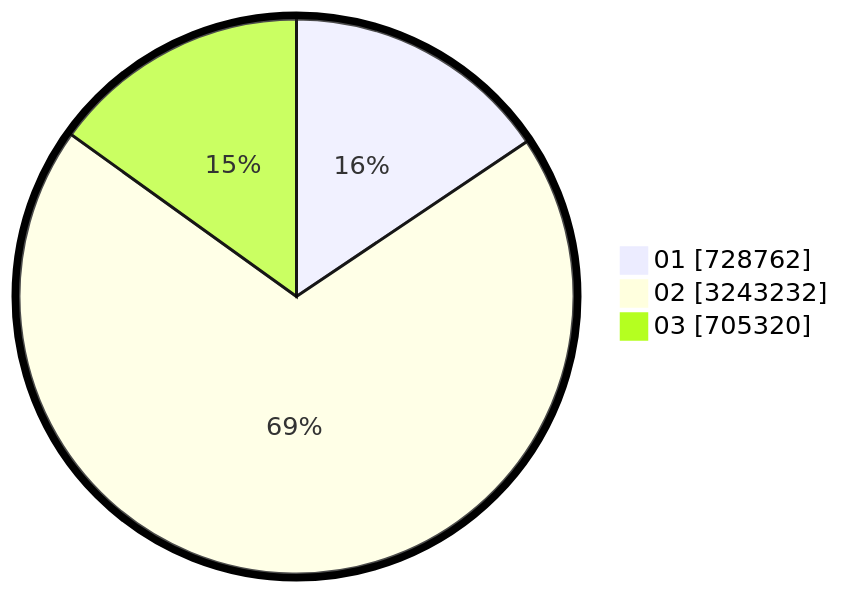
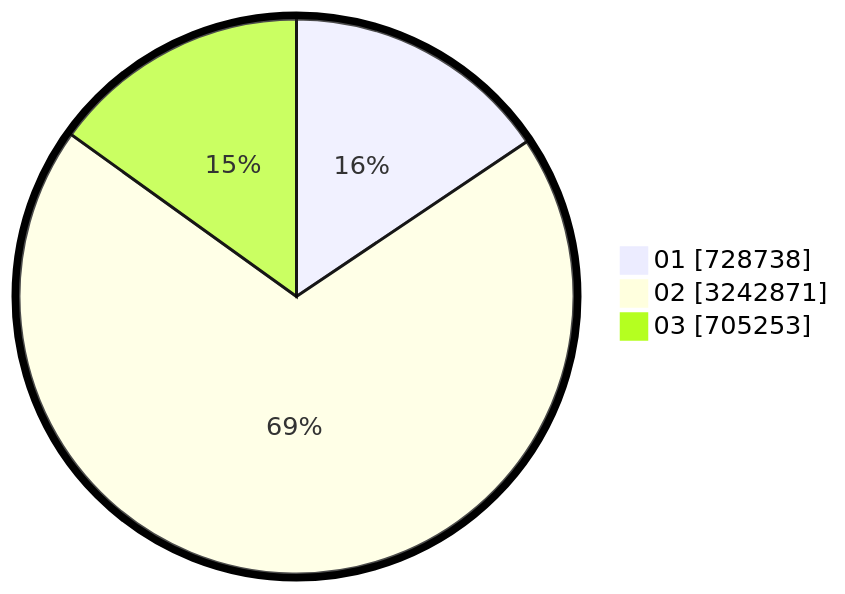
The second of 2 diagrams in pilpres/hitung-suara/sub/table-wilayah-18.md (gigit-pemilu/pemilu-2024), drawn with Mermaid before and after one commit. The commit also changed other lines of this file and 8 other files, not shown here.

````diff
--- a/pilpres/hitung-suara/sub/table-wilayah-18.md
+++ b/pilpres/hitung-suara/sub/table-wilayah-18.md
@@ -15,7 +15,7 @@
 ```mermaid
 %%{init: {"pie": {"textPosition": 0.5}, "themeVariables": {"pieOuterStrokeWidth": "5px"}} }%%
 pie showData
-    "01" : 728762
-    "02" : 3243232
-    "03" : 705320
+    "01" : 728738
+    "02" : 3242871
+    "03" : 705253
 ```
````
